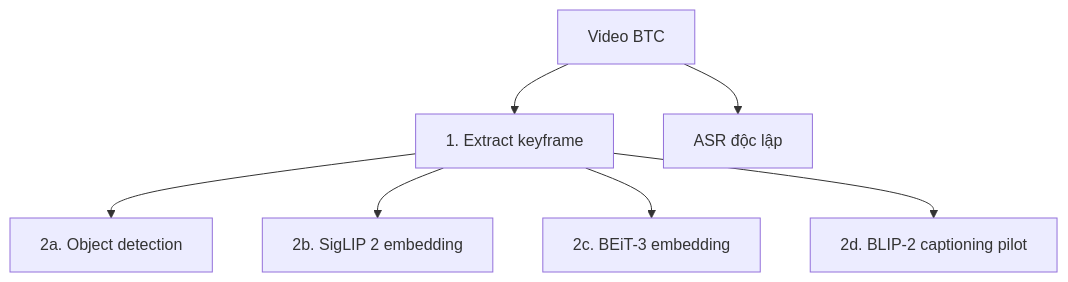
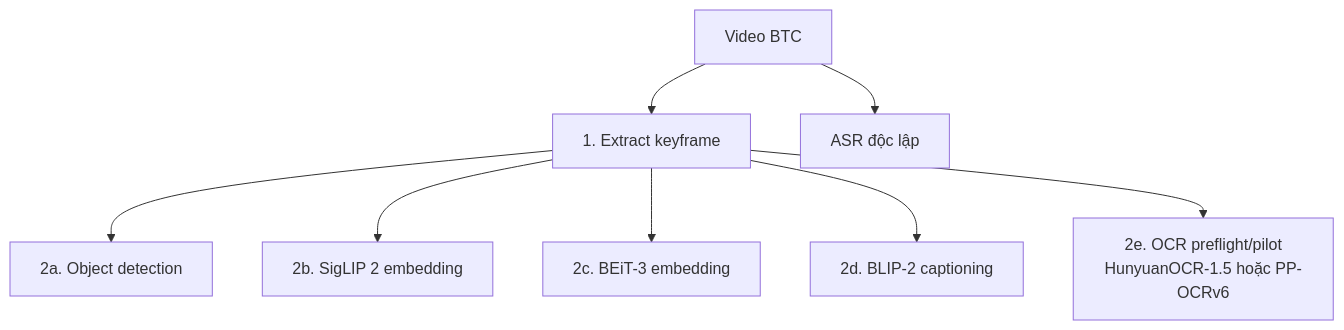
The diagram in notebooks/README.md (AIVIETNAM-AIO-LeWann/multimedia-video-rag), drawn with Mermaid before and after one commit. The commit also changed other lines of this file and 5 other files, not shown here.

First line of the commit message:
docs: document captioning completion, OCR notebooks, audit and retrieval

````diff
--- a/notebooks/README.md
+++ b/notebooks/README.md
@@ -25,17 +27,19 @@
 ```mermaid
 flowchart TD
     V[Video BTC]
     K[1. Extract keyframe]
     A[ASR độc lập]
     O[2a. Object detection]
     S[2b. SigLIP 2 embedding]
     B[2c. BEiT-3 embedding]
-    C[2d. BLIP-2 captioning pilot]
+    C[2d. BLIP-2 captioning]
+    OCR[2e. OCR preflight/pilot<br/>HunyuanOCR-1.5 hoặc PP-OCRv6]
 
     V --> K
     V --> A
     K --> O
     K --> S
     K --> B
     K --> C
+    K --> OCR
 ```
````
